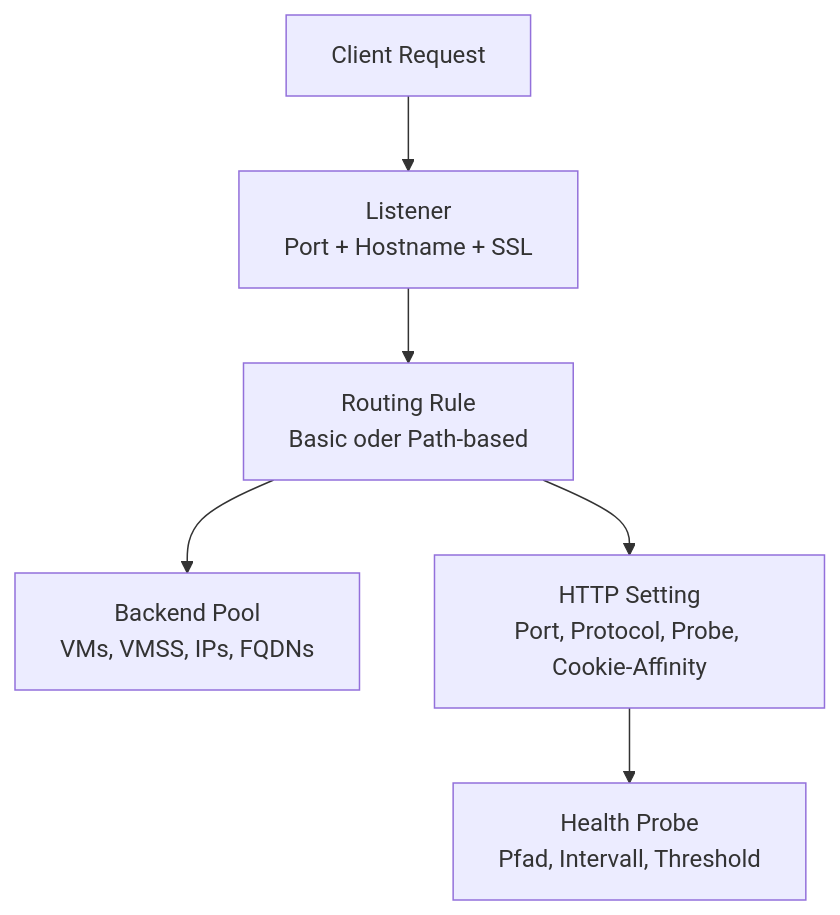
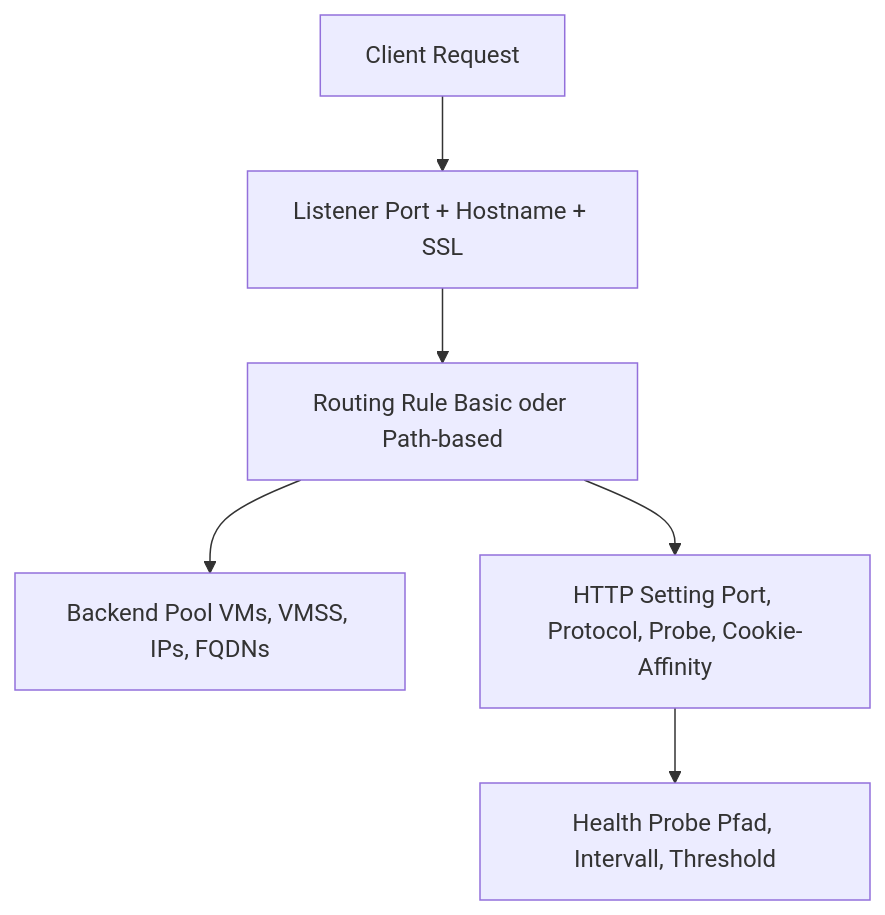
Before and after one commit to SoniiiT/notes-n-docs: the third of 6 diagrams in Microsoft 365/Azure/Netzwerk/Azure Application Gateway.md, drawn with Mermaid. The commit also changed other lines of this file and 124 other files, not shown here.

First line of the commit message:
fix: Entferne \n aus allen Mermaid-Diagrammen (125 Dateien)

````diff
--- a/Microsoft 365/Azure/Netzwerk/Azure Application Gateway.md
+++ b/Microsoft 365/Azure/Netzwerk/Azure Application Gateway.md
@@ -135,8 +135,8 @@
 ```mermaid
 graph TD
-    CLIENT[Client Request] --> LISTENER[Listener\nPort + Hostname + SSL]
-    LISTENER --> RULE[Routing Rule\nBasic oder Path-based]
-    RULE --> BPOOL[Backend Pool\nVMs, VMSS, IPs, FQDNs]
-    RULE --> HTTPSETTING[HTTP Setting\nPort, Protocol, Probe, Cookie-Affinity]
-    HTTPSETTING --> PROBE[Health Probe\nPfad, Intervall, Threshold]
+    CLIENT[Client Request] --> LISTENER[Listener Port + Hostname + SSL]
+    LISTENER --> RULE[Routing Rule Basic oder Path-based]
+    RULE --> BPOOL[Backend Pool VMs, VMSS, IPs, FQDNs]
+    RULE --> HTTPSETTING[HTTP Setting Port, Protocol, Probe, Cookie-Affinity]
+    HTTPSETTING --> PROBE[Health Probe Pfad, Intervall, Threshold]
 ```
````
